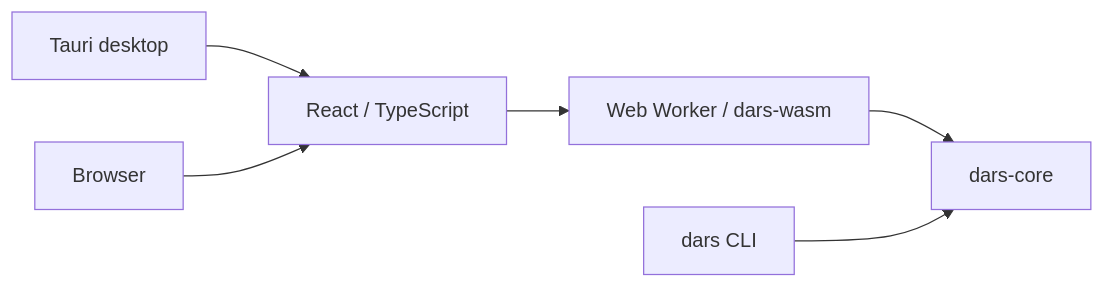
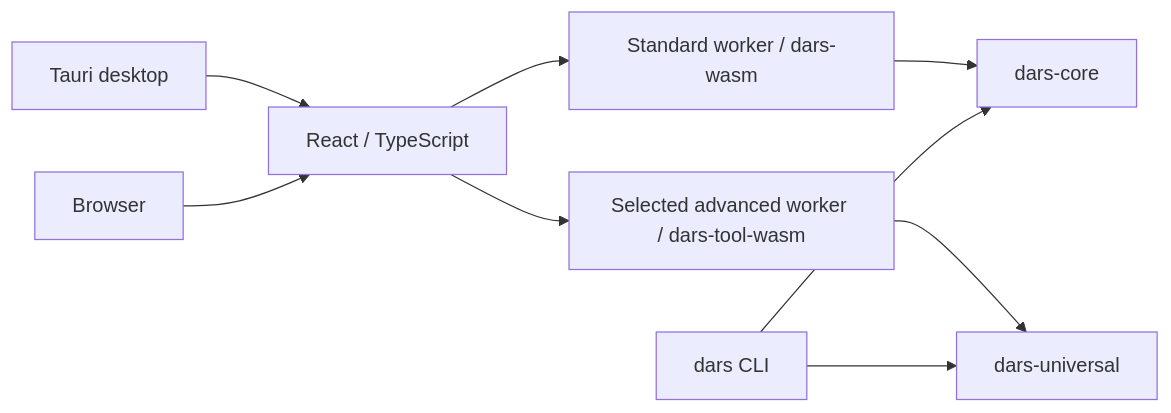
Before and after one commit to daniloatila/universal-calculator-dars: the diagram in docs/en/architecture.md, drawn with Mermaid. The commit also changed other lines of this file and 32 other files, not shown here.

````diff
--- a/docs/en/architecture.md
+++ b/docs/en/architecture.md
@@ -7,8 +7,11 @@
 ```mermaid
 flowchart LR
     Desktop["Tauri desktop"] --> Frontend["React / TypeScript"]
     Browser["Browser"] --> Frontend
-    Frontend --> Wasm["Web Worker / dars-wasm"]
+    Frontend --> Wasm["Standard worker / dars-wasm"]
+    Frontend --> ToolWasm["Selected advanced worker / dars-tool-wasm"]
     Wasm --> Core["dars-core"]
+    ToolWasm --> Tools["dars-universal"]
     Cli["dars CLI"] --> Core
+    Cli --> Tools
 ```
````
